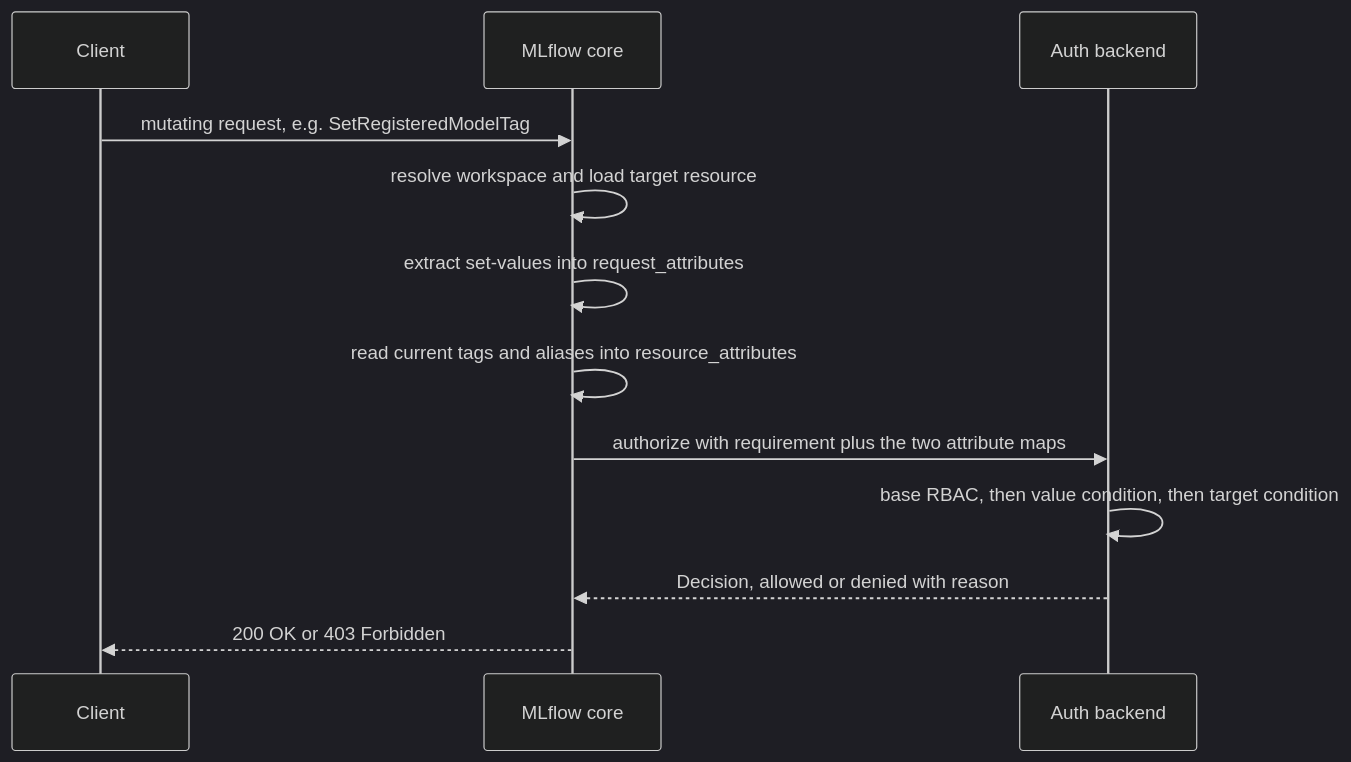
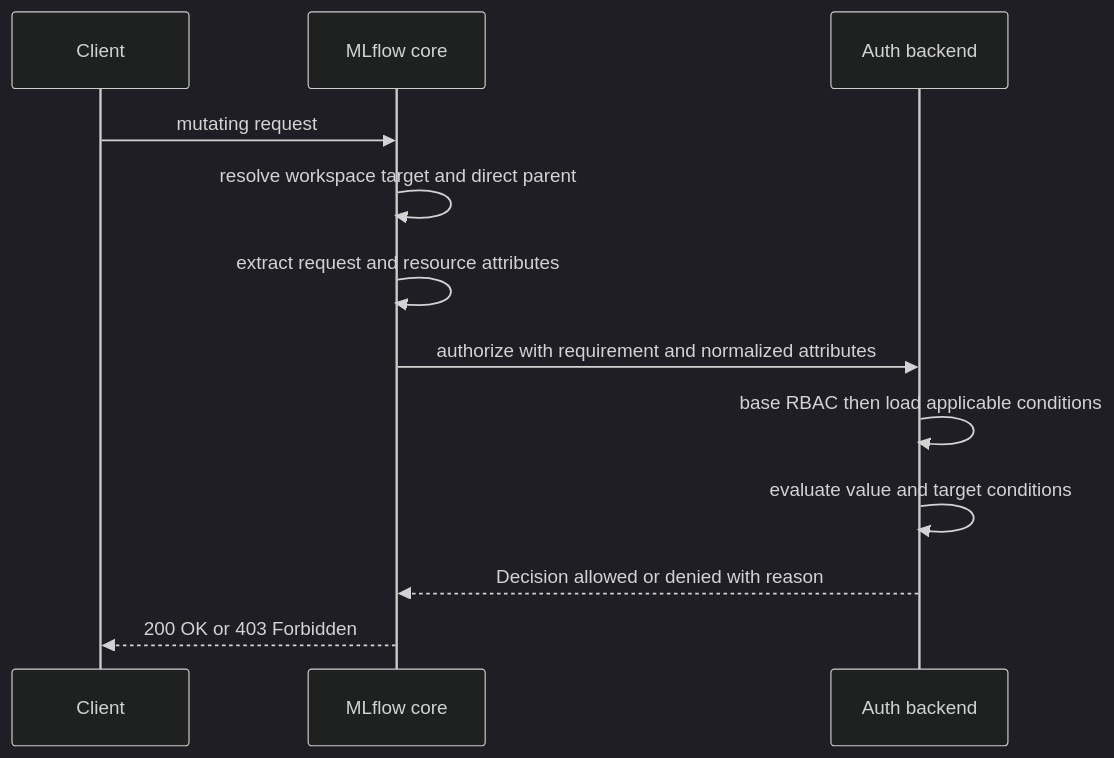
Before and after one commit to mlflow/rfcs: the third of 3 diagrams in rfcs/0000-condition-based-access-control/0000-condition-based-access-control.md, drawn with Mermaid (dark theme). The commit also changed other lines of this file, not shown here.

First line of the commit message:
docs(rfc): Add scoped condition objects

````diff
--- a/rfcs/0000-condition-based-access-control/0000-condition-based-access-control.md
+++ b/rfcs/0000-condition-based-access-control/0000-condition-based-access-control.md
@@ -337,15 +367,15 @@
 ```mermaid
 sequenceDiagram
     participant Client
     participant Core as MLflow core
     participant Backend as Auth backend
 
-    Client->>Core: mutating request, e.g. SetRegisteredModelTag
-    Core->>Core: resolve workspace and load target resource
-    Core->>Core: extract set-values into request_attributes
-    Core->>Core: read current tags and aliases into resource_attributes
-    Core->>Backend: authorize with requirement plus the two attribute maps
-    Backend->>Backend: base RBAC, then value condition, then target condition
-    Backend-->>Core: Decision, allowed or denied with reason
+    Client->>Core: mutating request
+    Core->>Core: resolve workspace target and direct parent
+    Core->>Core: extract request and resource attributes
+    Core->>Backend: authorize with requirement and normalized attributes
+    Backend->>Backend: base RBAC then load applicable conditions
+    Backend->>Backend: evaluate value and target conditions
+    Backend-->>Core: Decision allowed or denied with reason
     Core-->>Client: 200 OK or 403 Forbidden
 ```
````
